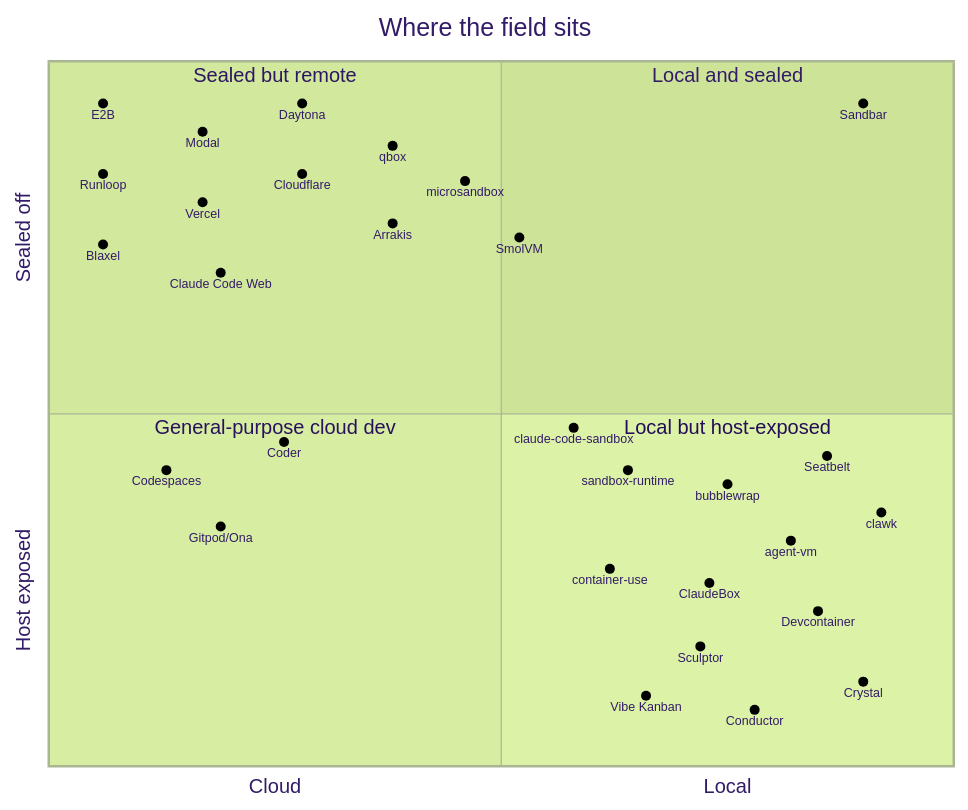
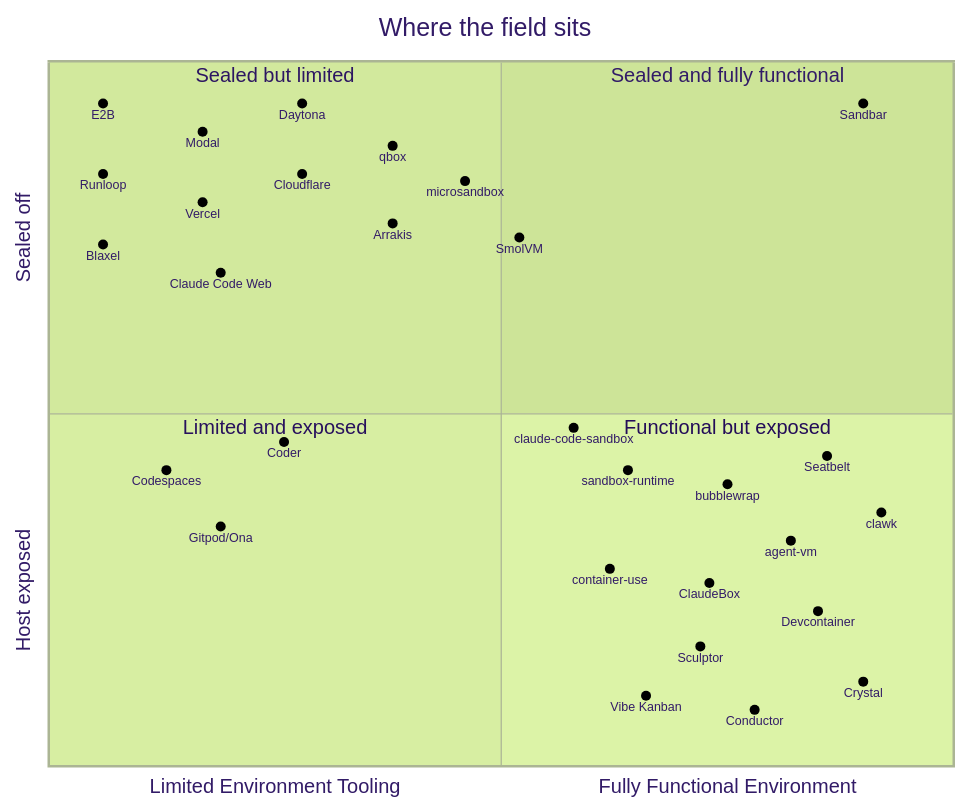
One commit to Lullabot/sandbar changed the second of 2 diagrams in docs/why.md. Above: the diagram before and after it, drawn with Mermaid (forest theme).

Commit message:
docs(why): reframe the quadrant x-axis around environment tooling
Claude-Session: https://claude.ai/code/session_01FW3WhR9isRiTHQArpdBjwP

````diff
--- a/docs/why.md
+++ b/docs/why.md
@@ -170,47 +170,47 @@
 ```mermaid
 ---
 config:
   quadrantChart:
     chartWidth: 760
     chartHeight: 640
     pointRadius: 4
     pointLabelFontSize: 10
 ---
 quadrantChart
     title Where the field sits
-    x-axis Cloud --> Local
+    x-axis Limited Environment Tooling --> Fully Functional Environment
     y-axis Host exposed --> Sealed off
-    quadrant-1 Local and sealed
-    quadrant-2 Sealed but remote
-    quadrant-3 General-purpose cloud dev
-    quadrant-4 Local but host-exposed
+    quadrant-1 Sealed and fully functional
+    quadrant-2 Sealed but limited
+    quadrant-3 Limited and exposed
+    quadrant-4 Functional but exposed
     Sandbar: [0.90, 0.94]
     E2B: [0.06, 0.94]
     Modal: [0.17, 0.90]
     Daytona: [0.28, 0.94]
     Runloop: [0.06, 0.84]
     Vercel: [0.17, 0.80]
     Cloudflare: [0.28, 0.84]
     Blaxel: [0.06, 0.74]
     Claude Code Web: [0.19, 0.70]
     qbox: [0.38, 0.88]
     Arrakis: [0.38, 0.77]
     microsandbox: [0.46, 0.83]
     SmolVM: [0.52, 0.75]
     Codespaces: [0.13, 0.42]
     Coder: [0.26, 0.46]
     Gitpod/Ona: [0.19, 0.34]
     claude-code-sandbox: [0.58, 0.48]
     sandbox-runtime: [0.64, 0.42]
     bubblewrap: [0.75, 0.40]
     Seatbelt: [0.86, 0.44]
     container-use: [0.62, 0.28]
     ClaudeBox: [0.73, 0.26]
     Devcontainer: [0.85, 0.22]
     Vibe Kanban: [0.66, 0.10]
     Conductor: [0.78, 0.08]
     Crystal: [0.90, 0.12]
     Sculptor: [0.72, 0.17]
     clawk: [0.92, 0.36]
     agent-vm: [0.82, 0.32]
 ```
````
